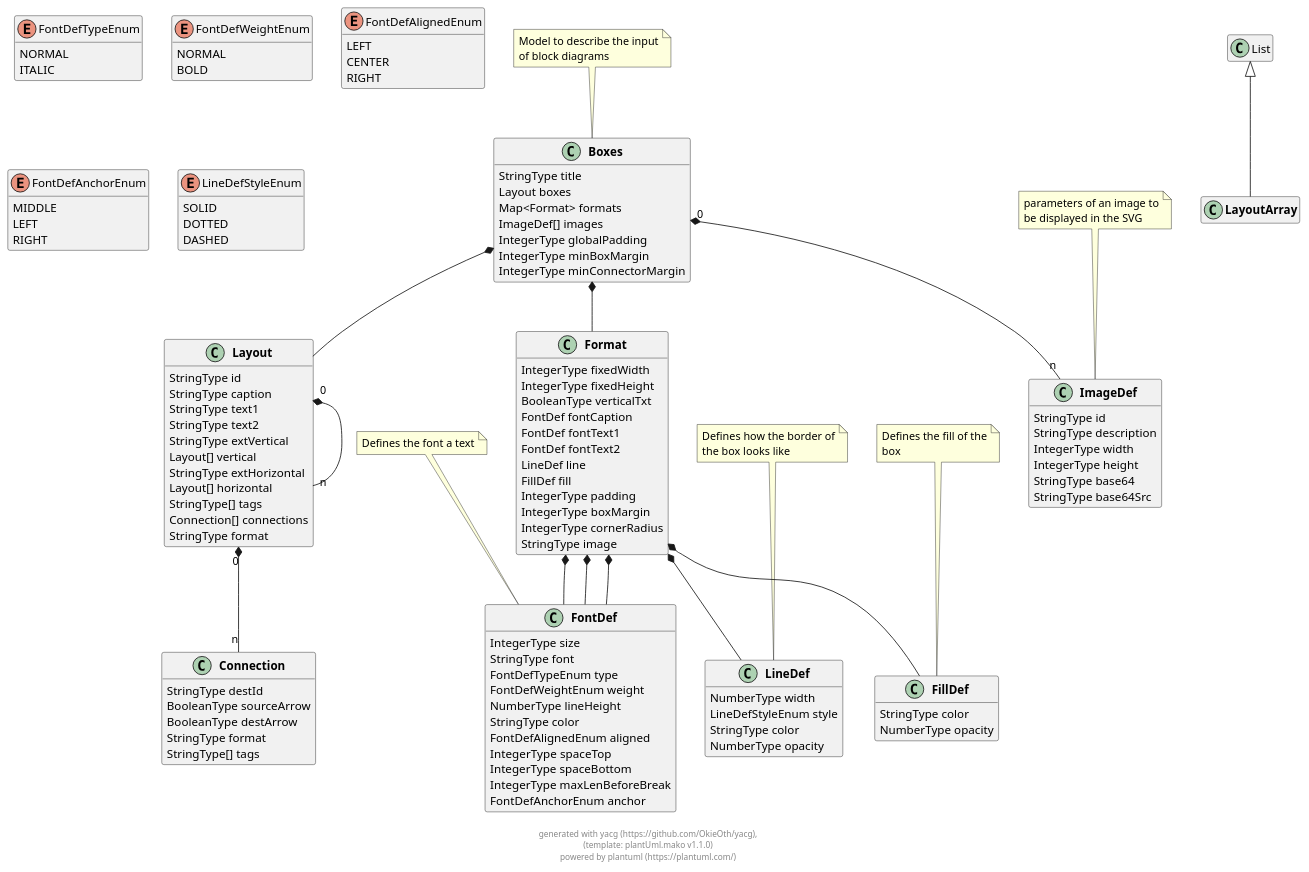
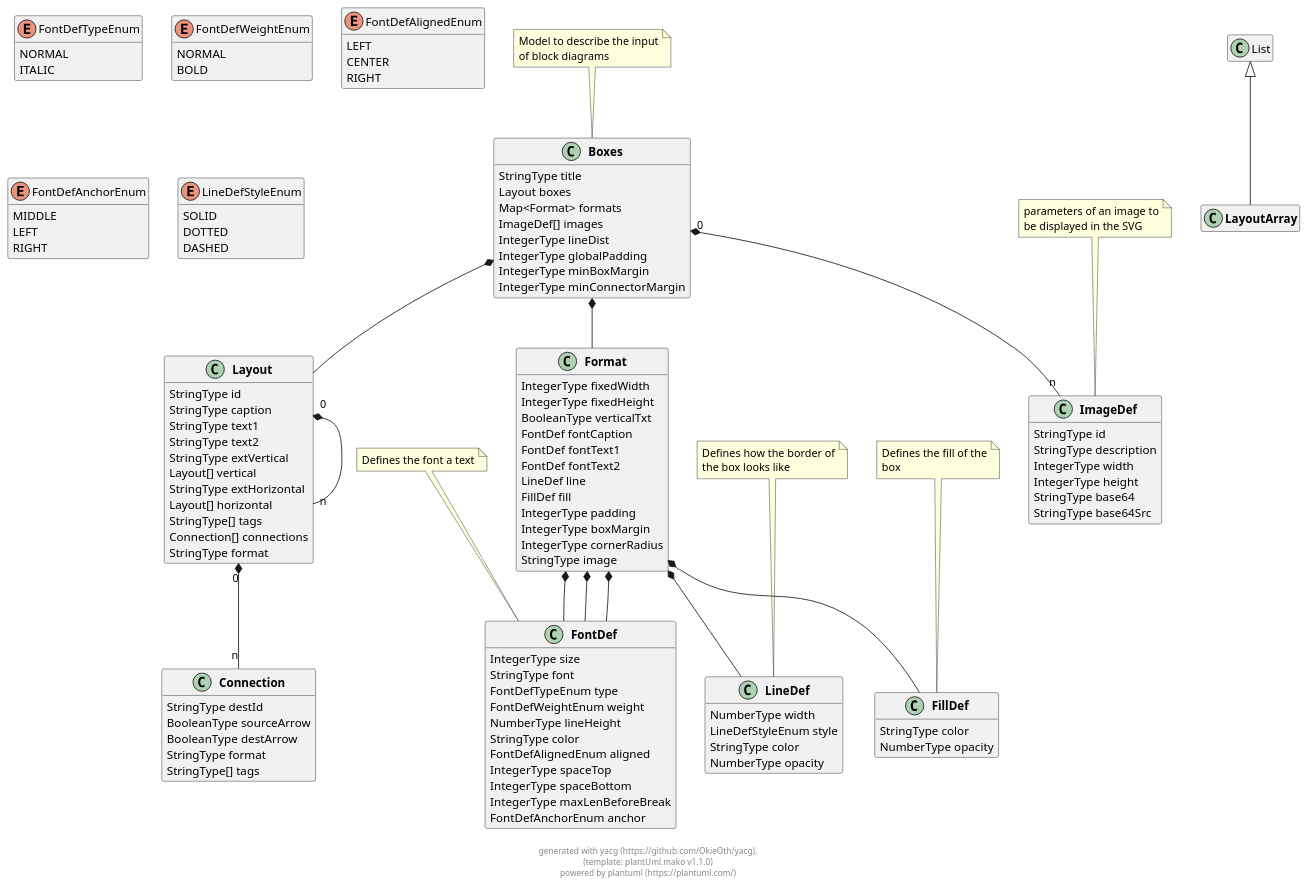
Before and after one commit to OkieOth/draw.chart.things: the diagram in docs/models/puml/boxes.puml, drawn with PlantUML. The commit also changed 18 other files, not shown here.

```diff
--- a/docs/models/puml/boxes.puml
+++ b/docs/models/puml/boxes.puml
@@ -9,6 +9,7 @@
         Layout boxes
         Map<Format> formats
         ImageDef[] images
+        IntegerType lineDist
         IntegerType globalPadding
         IntegerType minBoxMargin
         IntegerType minConnectorMargin
@@ -151,6 +152,7 @@
 
 
 
+
     
 
 
```
